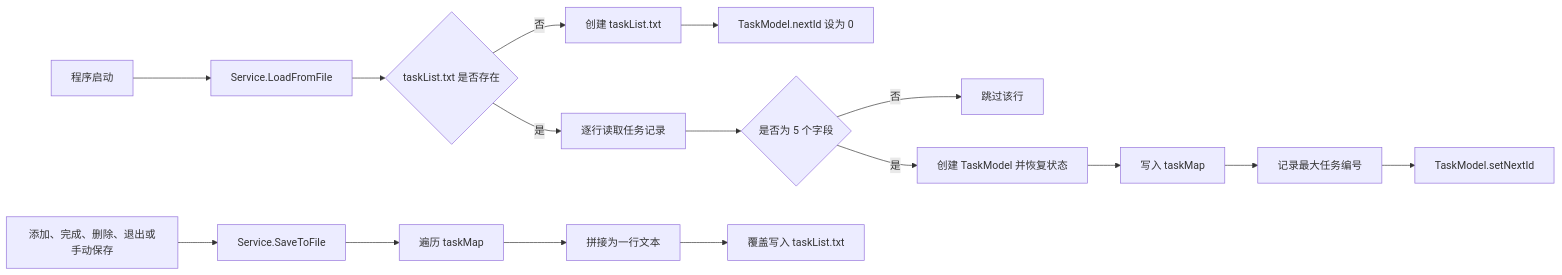
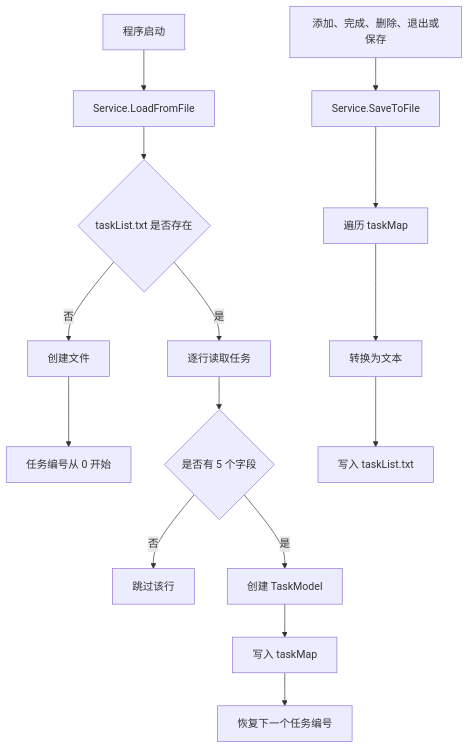
The seventh of 14 diagrams in README.md (Z-ZM-creator/Task-Manage-System3.0), drawn with Mermaid before and after one commit. The commit also changed other lines of this file, not shown here.

````diff
--- a/README.md
+++ b/README.md
@@ -378,19 +274,17 @@
 ```mermaid
-flowchart LR
+flowchart TD
     Start[程序启动] --> Load[Service.LoadFromFile]
     Load --> FileExists{taskList.txt 是否存在}
-    FileExists -->|否| CreateFile[创建 taskList.txt]
-    CreateFile --> InitId[TaskModel.nextId 设为 0]
-    FileExists -->|是| ReadLine[逐行读取任务记录]
-    ReadLine --> ValidLine{是否为 5 个字段}
+    FileExists -->|否| CreateFile[创建文件]
+    CreateFile --> InitId[任务编号从 0 开始]
+    FileExists -->|是| ReadLine[逐行读取任务]
+    ReadLine --> ValidLine{是否有 5 个字段}
     ValidLine -->|否| Skip[跳过该行]
-    ValidLine -->|是| Build[创建 TaskModel 并恢复状态]
+    ValidLine -->|是| Build[创建 TaskModel]
     Build --> PutMap[写入 taskMap]
-    PutMap --> MaxId[记录最大任务编号]
-    MaxId --> SetNext[TaskModel.setNextId]
-
-    Change[添加、完成、删除、退出或手动保存] --> Save[Service.SaveToFile]
+    PutMap --> SetNext[恢复下一个任务编号]
+    Change[添加、完成、删除、退出或保存] --> Save[Service.SaveToFile]
     Save --> Traverse[遍历 taskMap]
-    Traverse --> Format[拼接为一行文本]
-    Format --> WriteFile[覆盖写入 taskList.txt]
+    Traverse --> Format[转换为文本]
+    Format --> WriteFile[写入 taskList.txt]
 ```
````
